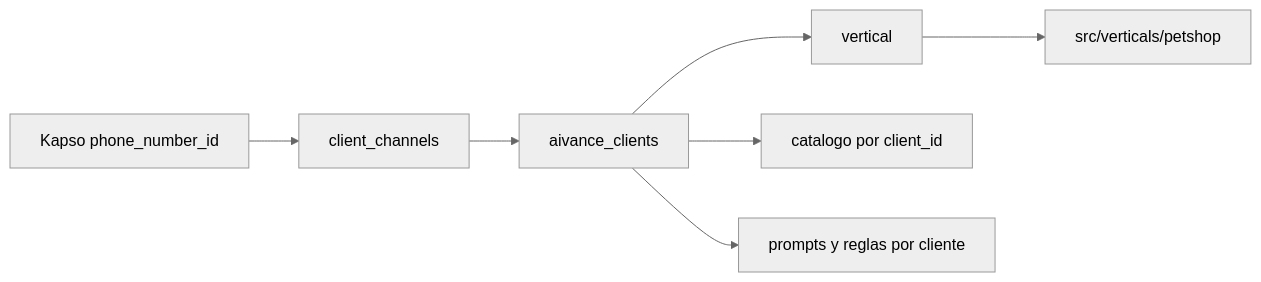
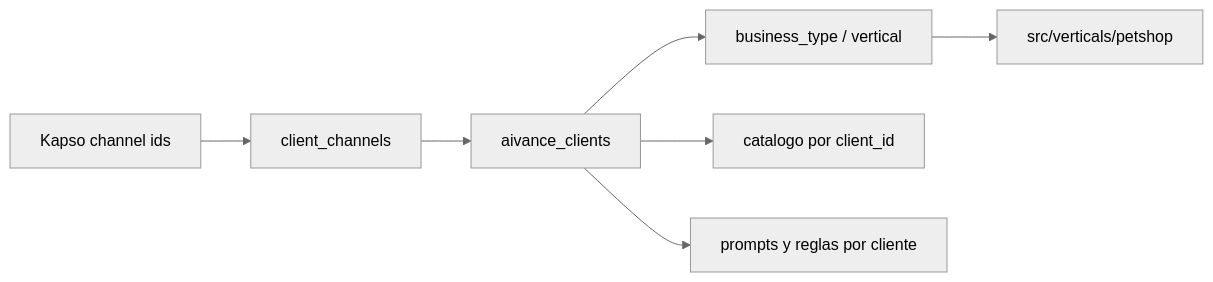
The diagram in docs/aivance-multiempresa.md (FGomezOspina/whatssappAI), drawn with Mermaid (neutral theme) before and after one commit. The commit also changed other lines of this file and 18 other files, not shown here.

````diff
--- a/docs/aivance-multiempresa.md
+++ b/docs/aivance-multiempresa.md
@@ -15,9 +17,9 @@
 ```mermaid
 flowchart LR
-  A["Kapso phone_number_id"] --> B["client_channels"]
+  A["Kapso channel ids"] --> B["client_channels"]
   B --> C["aivance_clients"]
-  C --> D["vertical"]
+  C --> D["business_type / vertical"]
   D --> E["src/verticals/petshop"]
   C --> F["catalogo por client_id"]
   C --> G["prompts y reglas por cliente"]
 ```
````
